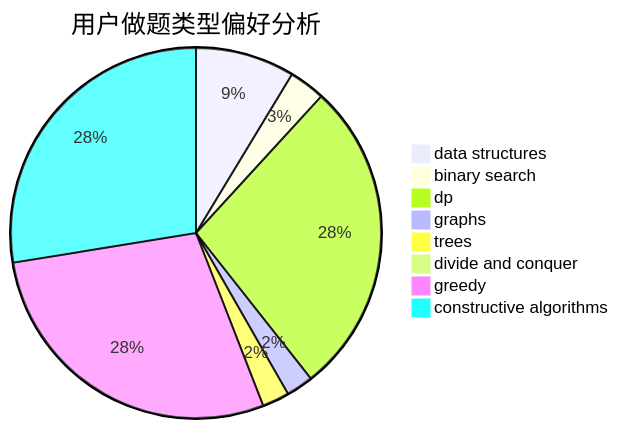
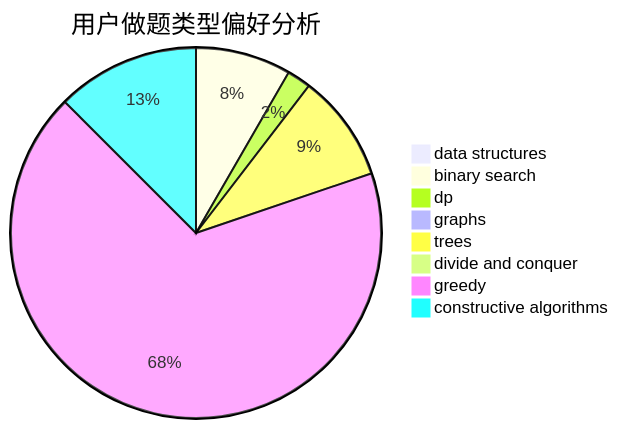
The second of 3 diagrams in docs/user/u2611.md (sherpahu/cfrs.github.io), drawn with Mermaid before and after one commit. The commit also changed other lines of this file and 2770 other files, not shown here.

````diff
--- a/docs/user/u2611.md
+++ b/docs/user/u2611.md
@@ -23,11 +23,11 @@
 ```mermaid
 pie title 用户做题类型偏好分析
-    "data structures" :  11
-    "binary search" :  4
-    "dp" :  35
-    "graphs" :  3
-    "trees" :  3
+    "data structures" :  0
+    "binary search" :  8
+    "dp" :  2
+    "graphs" :  0
+    "trees" :  9
     "divide and conquer" :  0
-    "greedy" :  36
-    "constructive algorithms" :  35
+    "greedy" :  65
+    "constructive algorithms" :  12
 ```
````
